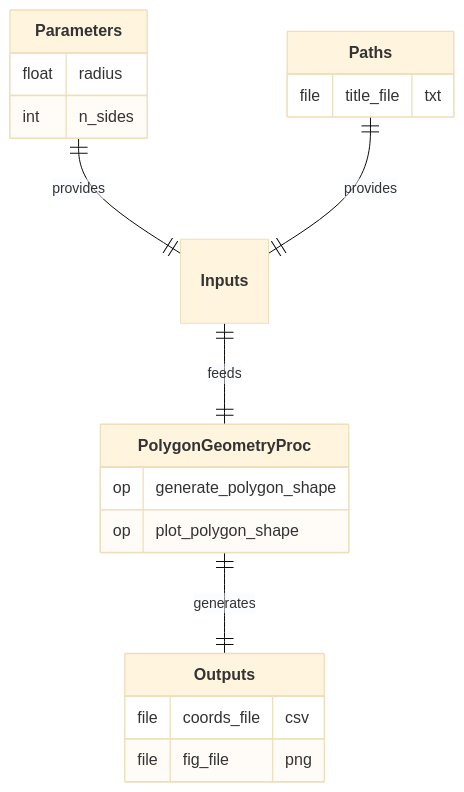
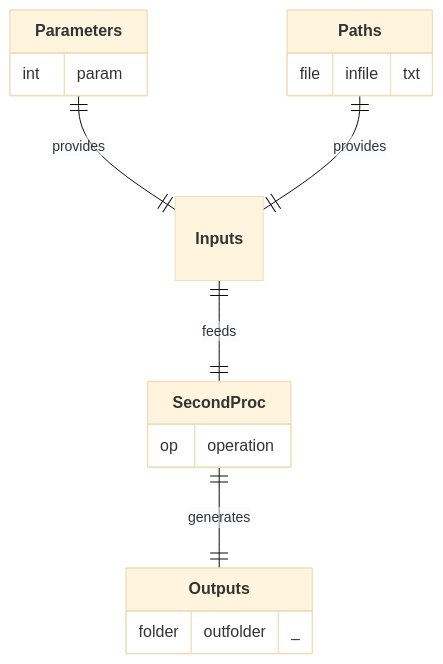
The diagram in src/labs/apps/general/BASE_APP/procs/SecondProc/README.md (nuremics/nuremics-labs), drawn with Mermaid (base theme) before and after one commit. The commit also changed other lines of this file, not shown here.

Commit message:
update README SecondProc

````diff
--- a/src/labs/apps/general/BASE_APP/procs/SecondProc/README.md
+++ b/src/labs/apps/general/BASE_APP/procs/SecondProc/README.md
@@ -15,23 +12,20 @@
 ```mermaid
 erDiagram
   **Parameters** ||--|| **Inputs** : provides
   **Paths** ||--|| **Inputs** : provides
-  **Inputs** ||--|| **PolygonGeometryProc** : feeds
-  **PolygonGeometryProc** ||--|| **Outputs** : generates
+  **Inputs** ||--|| **SecondProc** : feeds
+  **SecondProc** ||--|| **Outputs** : generates
 
   **Parameters** {
-    float radius
-    int n_sides
+    int param
   }
   **Paths** {
-    file title_file "txt"
+    file infile "txt"
   }
-  **PolygonGeometryProc** {
-    op generate_polygon_shape
-    op plot_polygon_shape
+  **SecondProc** {
+    op operation
   }
   **Outputs** {
-    file coords_file "csv"
-    file fig_file "png"
+    folder outfolder "_"
   }
 ```
````
